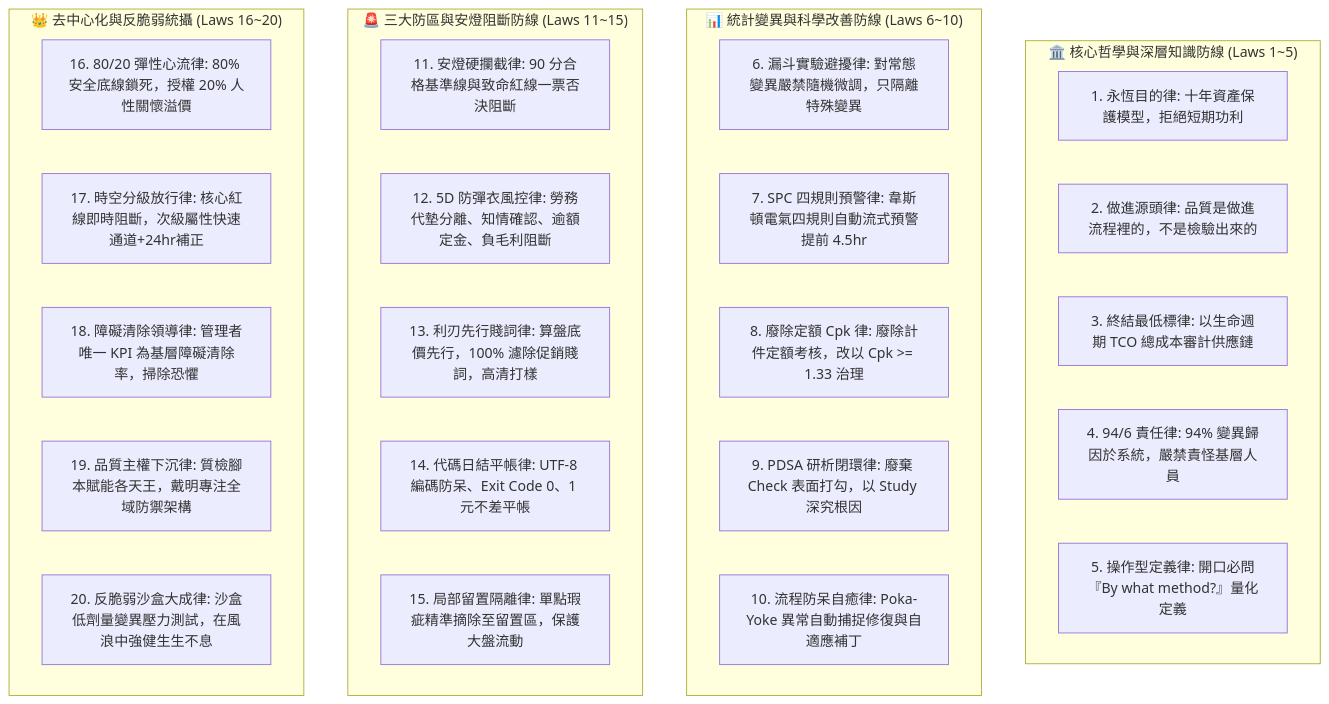
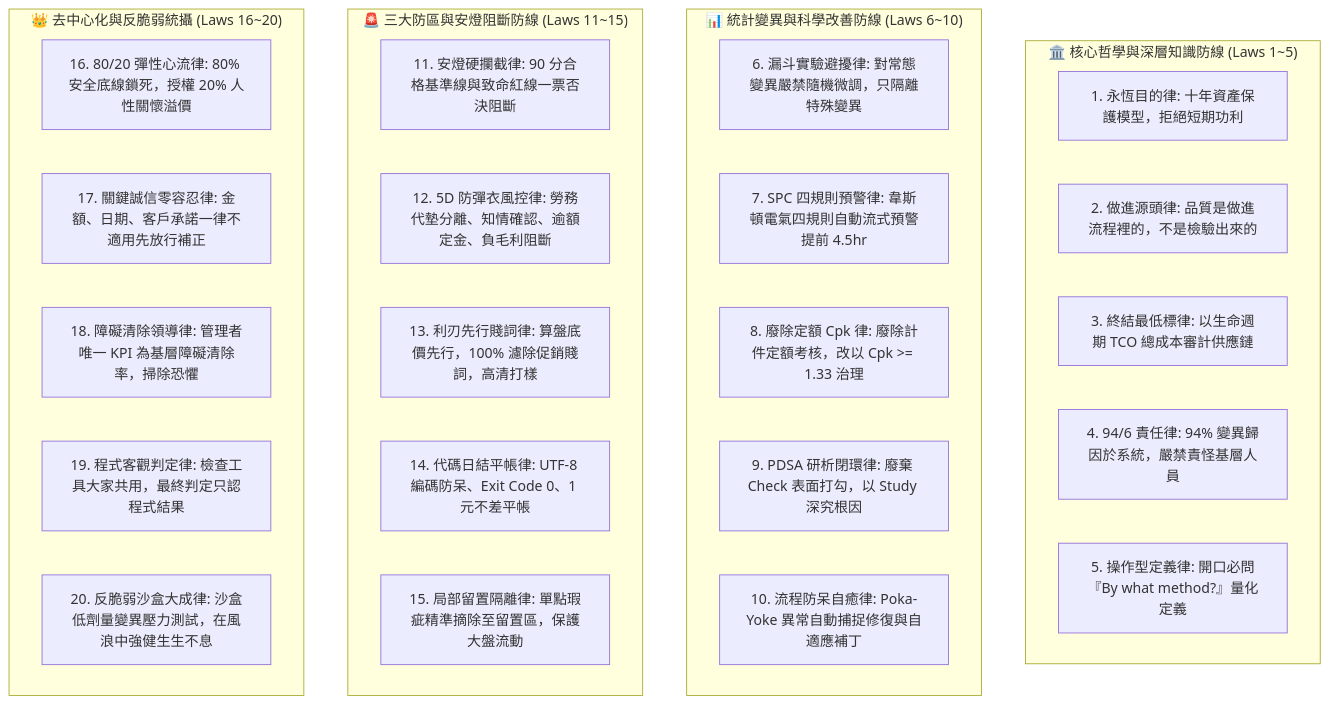
The diagram in .agents/skills/bionic-learning-deming/SKILL.md (chalaw710218/00_Master_Polaris), drawn with Mermaid before and after one commit. The commit also changed other lines of this file and 258 other files, not shown here.

````diff
--- a/.agents/skills/bionic-learning-deming/SKILL.md
+++ b/.agents/skills/bionic-learning-deming/SKILL.md
@@ -143,34 +35,34 @@
 ```mermaid
 flowchart TD
     subgraph Foundational ["🏛️ 核心哲學與深層知識防線 (Laws 1~5)"]
         L1["1. 永恆目的律: 十年資產保護模型，拒絕短期功利"]
         L2["2. 做進源頭律: 品質是做進流程裡的，不是檢驗出來的"]
         L3["3. 終結最低標律: 以生命週期 TCO 總成本審計供應鏈"]
         L4["4. 94/6 責任律: 94% 變異歸因於系統，嚴禁責怪基層人員"]
         L5["5. 操作型定義律: 開口必問『By what method?』量化定義"]
     end
 
     subgraph StatisticalProcess ["📊 統計變異與科學改善防線 (Laws 6~10)"]
         L6["6. 漏斗實驗避擾律: 對常態變異嚴禁隨機微調，只隔離特殊變異"]
         L7["7. SPC 四規則預警律: 韋斯頓電氣四規則自動流式預警提前 4.5hr"]
         L8["8. 廢除定額 Cpk 律: 廢除計件定額考核，改以 Cpk >= 1.33 治理"]
         L9["9. PDSA 研析閉環律: 廢棄 Check 表面打勾，以 Study 深究根因"]
         L10["10. 流程防呆自癒律: Poka-Yoke 異常自動捕捉修復與自適應補丁"]
     end
 
     subgraph DefenseBastions ["🚨 三大防區與安燈阻斷防線 (Laws 11~15)"]
         L11["11. 安燈硬攔截律: 90 分合格基準線與致命紅線一票否決阻斷"]
         L12["12. 5D 防彈衣風控律: 勞務代墊分離、知情確認、逾額定金、負毛利阻斷"]
         L13["13. 利刃先行賤詞律: 算盤底價先行，100% 濾除促銷賤詞，高清打樣"]
         L14["14. 代碼日結平帳律: UTF-8 編碼防呆、Exit Code 0、1 元不差平帳"]
         L15["15. 局部留置隔離律: 單點瑕疵精準摘除至留置區，保護大盤流動"]
     end
 
     subgraph SovereignEcosystem ["👑 去中心化與反脆弱統攝 (Laws 16~20)"]
         L16["16. 80/20 彈性心流律: 80% 安全底線鎖死，授權 20% 人性關懷溢價"]
-        L17["17. 時空分級放行律: 核心紅線即時阻斷，次級屬性快速通道+24hr補正"]
+        L17["17. 關鍵誠信零容忍律: 金額、日期、客戶承諾一律不適用先放行補正"]
         L18["18. 障礙清除領導律: 管理者唯一 KPI 為基層障礙清除率，掃除恐懼"]
-        L19["19. 品質主權下沉律: 質檢腳本賦能各天王，戴明專注全域防禦架構"]
+        L19["19. 程式客觀判定律: 檢查工具大家共用，最終判定只認程式結果"]
         L20["20. 反脆弱沙盒大成律: 沙盒低劑量變異壓力測試，在風浪中強健生生不息"]
     end
 ```
````
